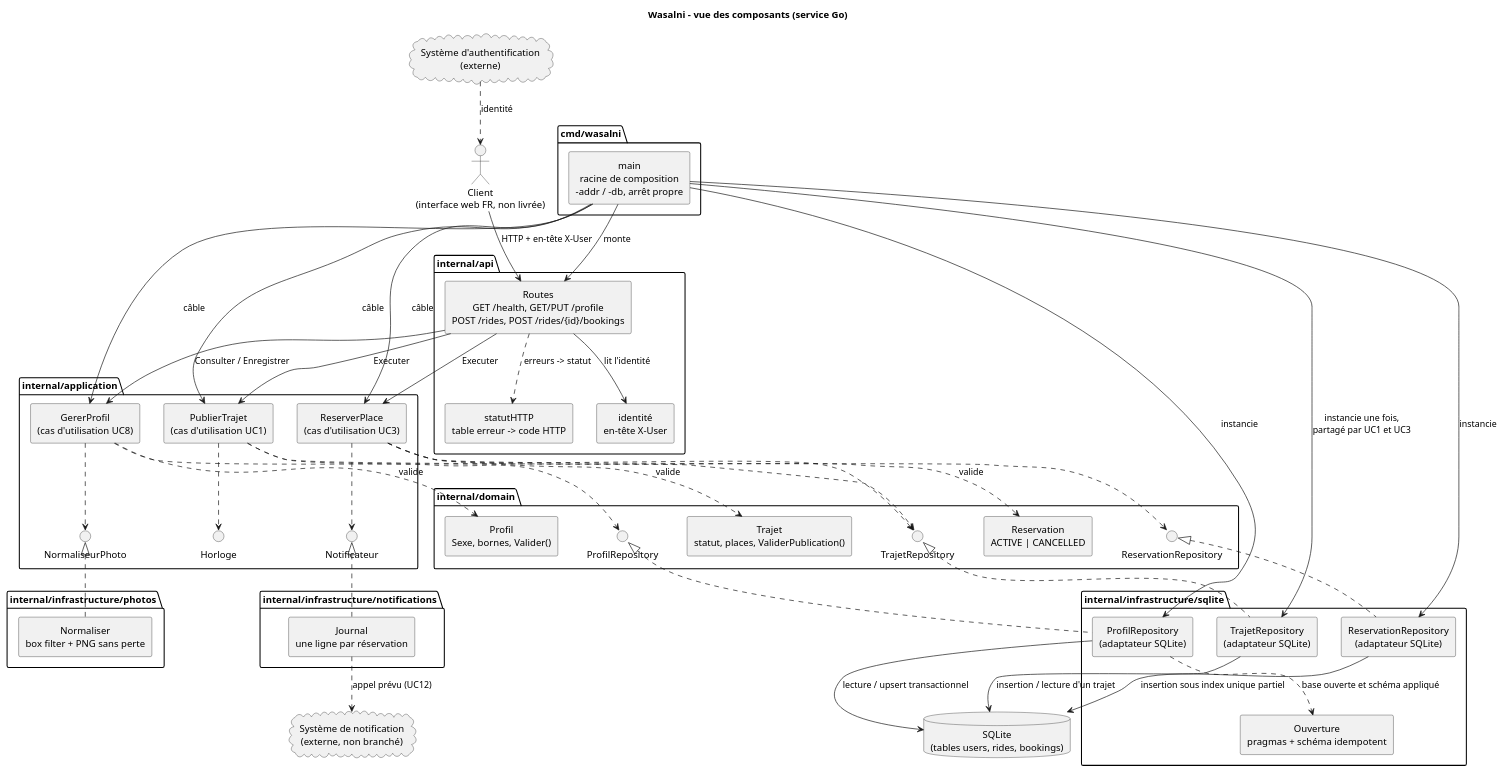
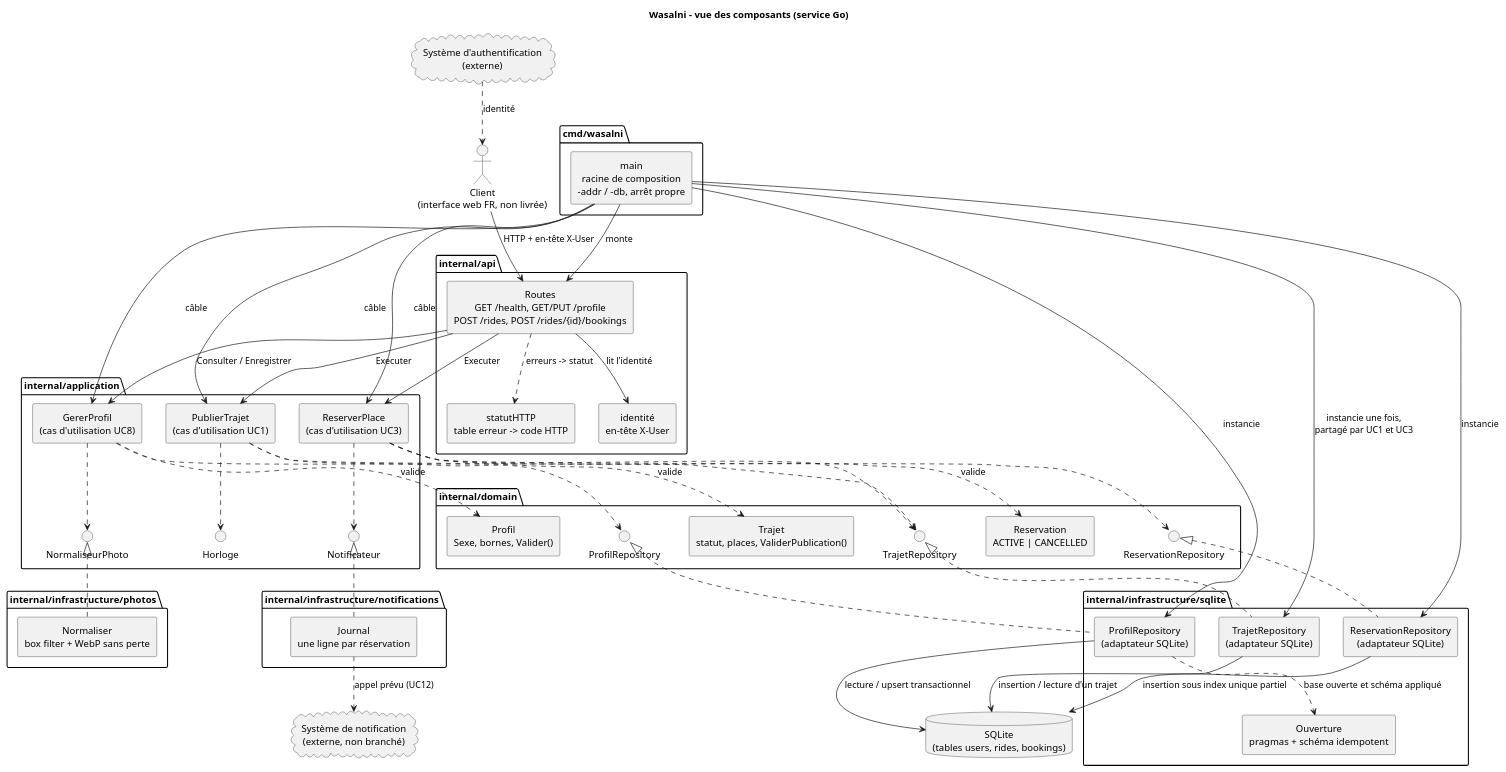
Before and after one commit to alaa-ilehi/Wasalni: the diagram in docs/uml/architecture-components.puml, drawn with PlantUML. The commit also changed 5 other files, not shown here.

```diff
--- a/docs/uml/architecture-components.puml
+++ b/docs/uml/architecture-components.puml
@@ -1,98 +1,98 @@
 @startuml
 title Wasalni - vue des composants (service Go)
 
 skinparam componentStyle rectangle
 skinparam defaultTextAlignment center
 
 actor "Client\n(interface web FR, non livrée)" as Client
 
 package "cmd/wasalni" {
   [main\nracine de composition\n-addr / -db, arrêt propre] as Main
 }
 
 package "internal/api" {
   [Routes\nGET /health, GET/PUT /profile\nPOST /rides, POST /rides/{id}/bookings] as Routes
   [identité\nen-tête X-User] as Identite
   [statutHTTP\ntable erreur -> code HTTP] as Statut
 }
 
 package "internal/application" {
   [GererProfil\n(cas d'utilisation UC8)] as GererProfil
   [PublierTrajet\n(cas d'utilisation UC1)] as PublierTrajet
   [ReserverPlace\n(cas d'utilisation UC3)] as ReserverPlace
   interface "NormaliseurPhoto" as INormaliseur
   interface "Horloge" as IHorloge
   interface "Notificateur" as INotificateur
 }
 
 package "internal/domain" {
   [Profil\nSexe, bornes, Valider()] as Profil
   [Trajet\nstatut, places, ValiderPublication()] as Trajet
   [Reservation\nACTIVE | CANCELLED] as Reservation
   interface "ProfilRepository" as IProfil
   interface "TrajetRepository" as ITrajet
   interface "ReservationRepository" as IReservation
 }
 
 package "internal/infrastructure/sqlite" {
   [ProfilRepository\n(adaptateur SQLite)] as SqlProfil
   [TrajetRepository\n(adaptateur SQLite)] as SqlTrajet
   [ReservationRepository\n(adaptateur SQLite)] as SqlReservation
   [Ouverture\npragmas + schéma idempotent] as Ouverture
 }
 
 package "internal/infrastructure/photos" {
-  [Normaliser\nbox filter + PNG sans perte] as Photos
+  [Normaliser\nbox filter + WebP sans perte] as Photos
 }
 
 package "internal/infrastructure/notifications" {
   [Journal\nune ligne par réservation] as Journal
 }
 
 database "SQLite\n(tables users, rides, bookings)" as DB
 cloud "Système d'authentification\n(externe)" as ExternalAuth
 cloud "Système de notification\n(externe, non branché)" as ExternalNotif
 
 Client --> Routes : HTTP + en-tête X-User
 ExternalAuth ..> Client : identité
 
 Routes --> Identite : lit l'identité
 Routes --> GererProfil : Consulter / Enregistrer
 Routes --> PublierTrajet : Executer
 Routes --> ReserverPlace : Executer
 Routes ..> Statut : erreurs -> statut
 
 GererProfil ..> IProfil
 GererProfil ..> INormaliseur
 GererProfil ..> Profil : valide
 
 PublierTrajet ..> ITrajet
 PublierTrajet ..> IHorloge
 PublierTrajet ..> Trajet : valide
 
 ReserverPlace ..> ITrajet
 ReserverPlace ..> IReservation
 ReserverPlace ..> INotificateur
 ReserverPlace ..> Reservation : valide
 
 IProfil <|.. SqlProfil
 ITrajet <|.. SqlTrajet
 IReservation <|.. SqlReservation
 INormaliseur <|.. Photos
 INotificateur <|.. Journal
 
 SqlProfil --> DB : lecture / upsert transactionnel
 SqlTrajet --> DB : insertion / lecture d'un trajet
 SqlReservation --> DB : insertion sous index unique partiel
 SqlProfil ..> Ouverture : base ouverte et schéma appliqué
 
 Journal ..> ExternalNotif : appel prévu (UC12)
 
 Main --> SqlProfil : instancie
 Main --> SqlTrajet : instancie une fois,\npartagé par UC1 et UC3
 Main --> SqlReservation : instancie
 Main --> GererProfil : câble
 Main --> PublierTrajet : câble
 Main --> ReserverPlace : câble
 Main --> Routes : monte
 @enduml
```
